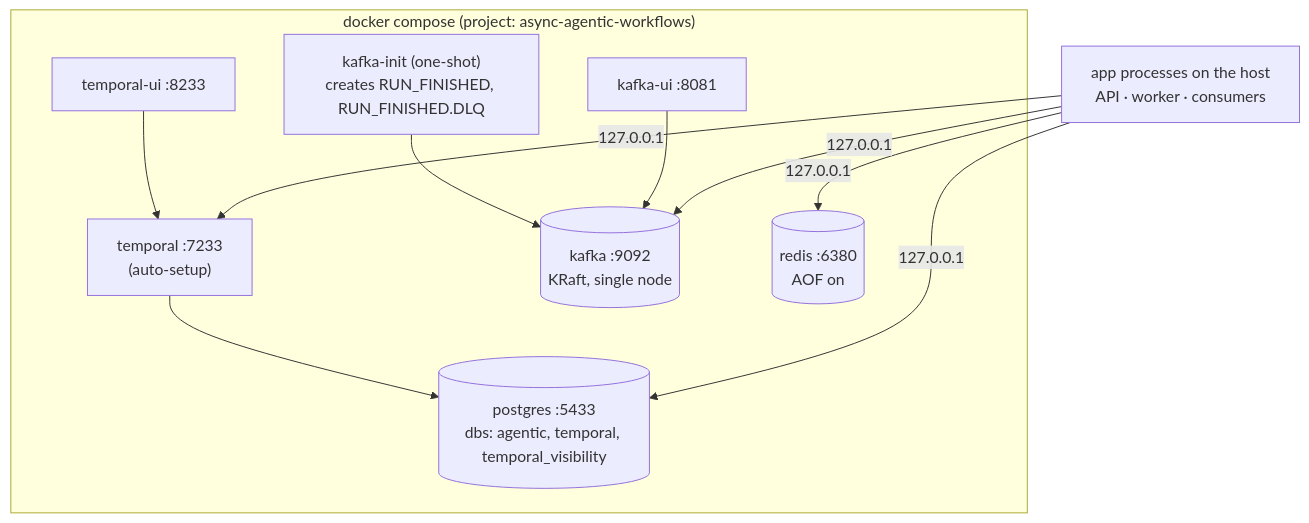
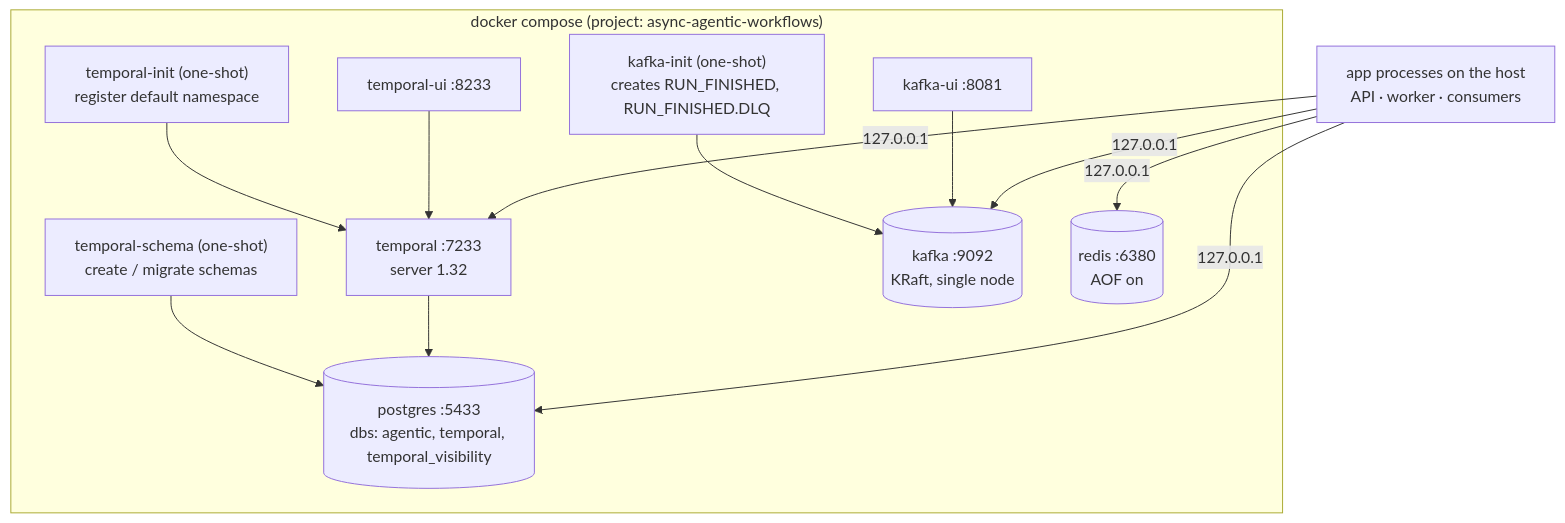
Before and after one commit to Anirudh1905/async-agentic-workflows: the diagram in docs/phases/phase-2-infrastructure.md, drawn with Mermaid. The commit also changed other lines of this file and 23 other files, not shown here.

````diff
--- a/docs/phases/phase-2-infrastructure.md
+++ b/docs/phases/phase-2-infrastructure.md
@@ -5,17 +5,21 @@
 ```mermaid
 flowchart TB
     subgraph compose["docker compose (project: async-agentic-workflows)"]
         PG[("postgres :5433<br/>dbs: agentic, temporal, temporal_visibility")]
-        TS["temporal :7233<br/>(auto-setup)"]
+        TSC["temporal-schema (one-shot)<br/>create / migrate schemas"]
+        TS["temporal :7233<br/>server 1.32"]
+        TI["temporal-init (one-shot)<br/>register default namespace"]
         TUI["temporal-ui :8233"]
         K[("kafka :9092<br/>KRaft, single node")]
         KI["kafka-init (one-shot)<br/>creates RUN_FINISHED, RUN_FINISHED.DLQ"]
         KUI["kafka-ui :8081"]
         R[("redis :6380<br/>AOF on")]
+        TSC --> PG
         TS --> PG
+        TI --> TS
         TUI --> TS
         KI --> K
         KUI --> K
     end
     APP["app processes on the host<br/>API · worker · consumers"] -->|127.0.0.1| TS & K & R & PG
 ```
````
